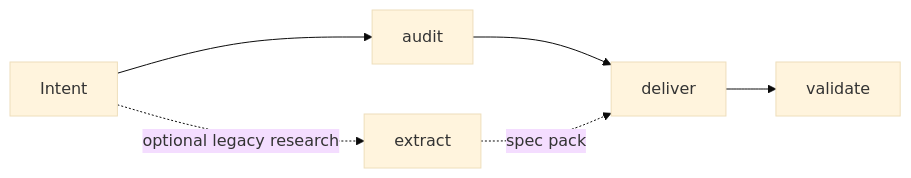
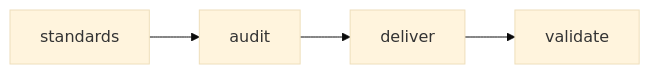
One commit to Calibrax-ai/autoship changed the diagram in docs/architecture/system-overview.md. Above: the diagram before and after it, drawn with Mermaid (base theme). The commit also changed other lines of this file and 9 other files, not shown here.

````diff
--- a/docs/architecture/system-overview.md
+++ b/docs/architecture/system-overview.md
@@ -24,8 +21,6 @@
 ```mermaid
 flowchart LR
-    I[Intent] --> A[audit]
+    S[standards] --> A[audit]
     A --> D[deliver]
     D --> V[validate]
-    I -. optional legacy research .-> X[extract]
-    X -. spec pack .-> D
 ```
````
